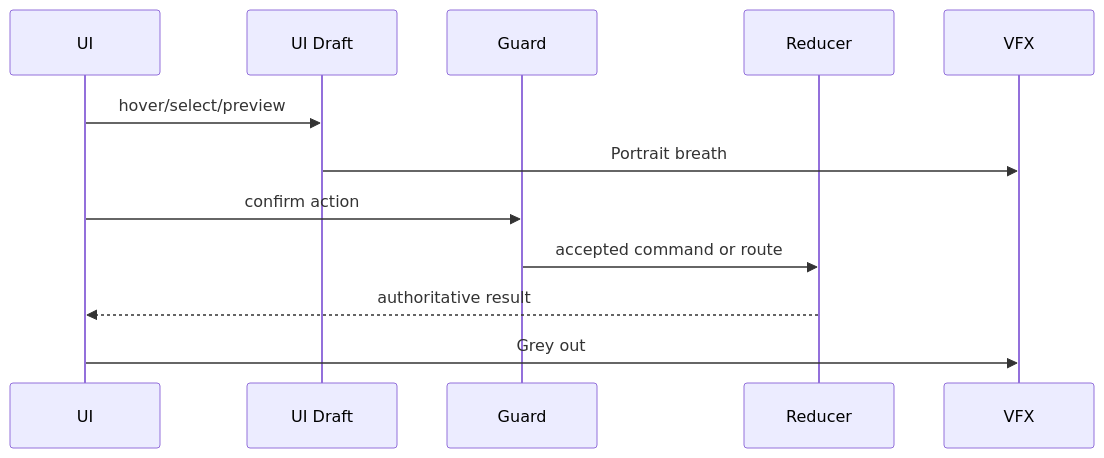
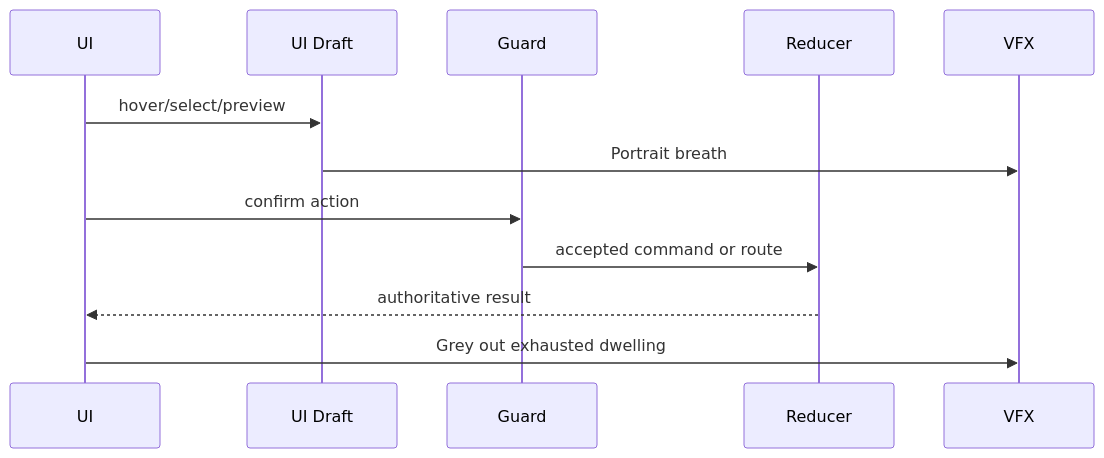
The fourth of 5 diagrams in docs/architecture/wiki/screens/21-external-dwelling/architecture.md (SunaNoOshiro/Heroes_Reforged_AI_Realms), drawn with Mermaid before and after one commit. The commit also changed other lines of this file and 518 other files, not shown here.

First line of the commit message:
Add doc-audit skill and sweep architecture/screen docs

````diff
--- a/docs/architecture/wiki/screens/21-external-dwelling/architecture.md
+++ b/docs/architecture/wiki/screens/21-external-dwelling/architecture.md
@@ -52,14 +61,14 @@
 ```mermaid
 sequenceDiagram
   participant UI
   participant Draft as UI Draft
   participant Guard
   participant Reducer
   participant VFX
   UI->>Draft: hover/select/preview
   Draft->>VFX: Portrait breath
   UI->>Guard: confirm action
   Guard->>Reducer: accepted command or route
   Reducer-->>UI: authoritative result
-  UI->>VFX: Grey out
+  UI->>VFX: Grey out exhausted dwelling
 ```
````
